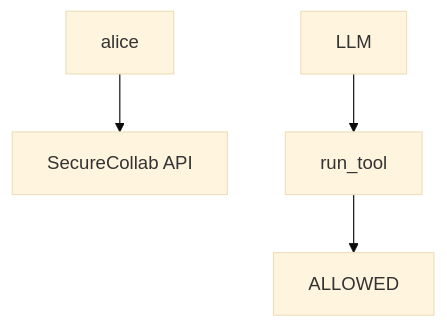
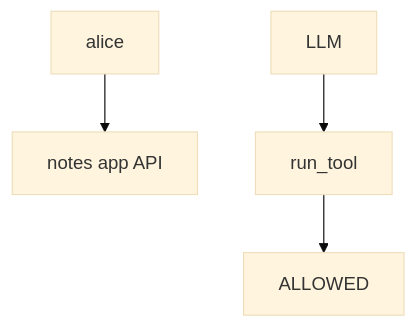
One commit to ishitvagoel/LearnSecurity changed the first of 2 diagrams in content/modules/e/E1/lessons/02-model.md. Above: the diagram before and after it, drawn with Mermaid (base theme). The commit also changed other lines of this file and 55 other files, not shown here.

````diff
--- a/content/modules/e/E1/lessons/02-model.md
+++ b/content/modules/e/E1/lessons/02-model.md
@@ -15,6 +18,6 @@
 ```mermaid
 flowchart TD
-  User[alice] --> Api[SecureCollab API]
+  User[alice] --> Api[notes app API]
   Model[LLM] --> Tools[run_tool]
   Tools --> Policy[ALLOWED]
 ```
````
